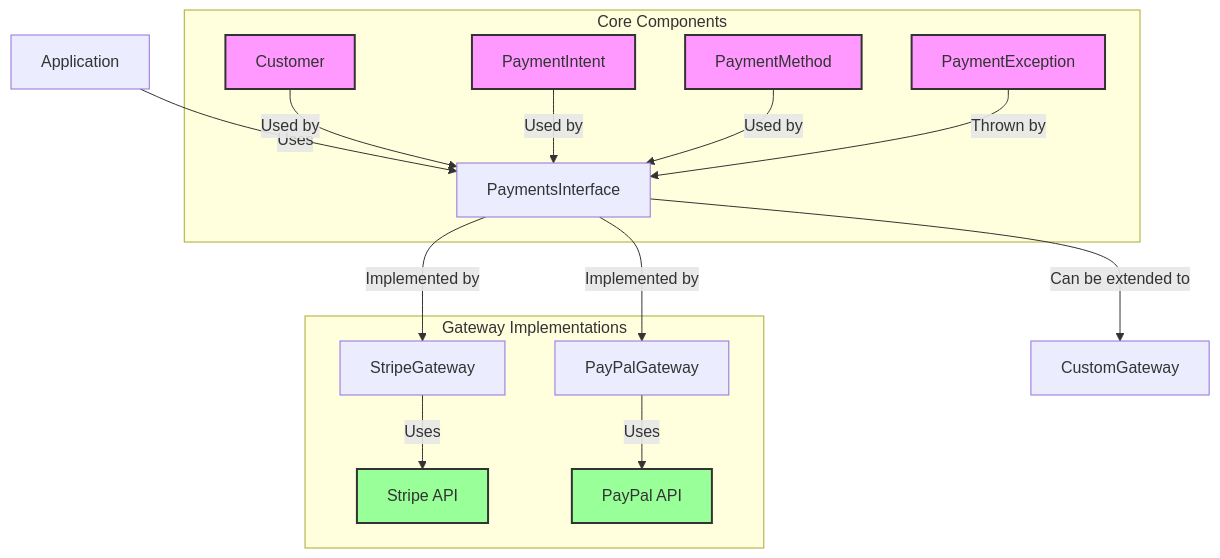
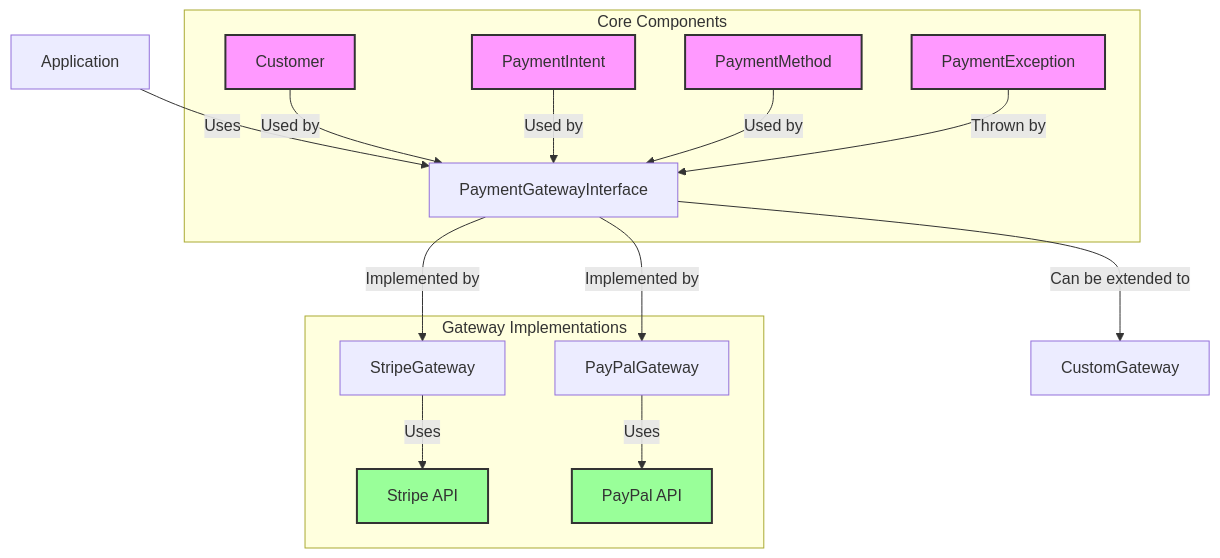
Before and after one commit to yiisoft/payments: the diagram in README.md, drawn with Mermaid. The commit also changed other lines of this file, not shown here.

````diff
--- a/README.md
+++ b/README.md
@@ -34,26 +34,26 @@
 ```mermaid
 graph TD
-    A[Application] -->|Uses| B[PaymentsInterface]
+    A[Application] -->|Uses| B[PaymentGatewayInterface]
     B -->|Implemented by| C[StripeGateway]
     B -->|Implemented by| D[PayPalGateway]
     B -->|Can be extended to| E[CustomGateway]
     
     subgraph "Core Components"
         F[Customer] -->|Used by| B
         G[PaymentIntent] -->|Used by| B
         H[PaymentMethod] -->|Used by| B
         I[PaymentException] -->|Thrown by| B
     end
     
     subgraph "Gateway Implementations"
         C -->|Uses| J[Stripe API]
         D -->|Uses| K[PayPal API]
     end
     
     style F fill:#f9f,stroke:#333,stroke-width:2px
     style G fill:#f9f,stroke:#333,stroke-width:2px
     style H fill:#f9f,stroke:#333,stroke-width:2px
     style I fill:#f9f,stroke:#333,stroke-width:2px
     style J fill:#9f9,stroke:#333,stroke-width:2px
     style K fill:#9f9,stroke:#333,stroke-width:2px
 ```
````
